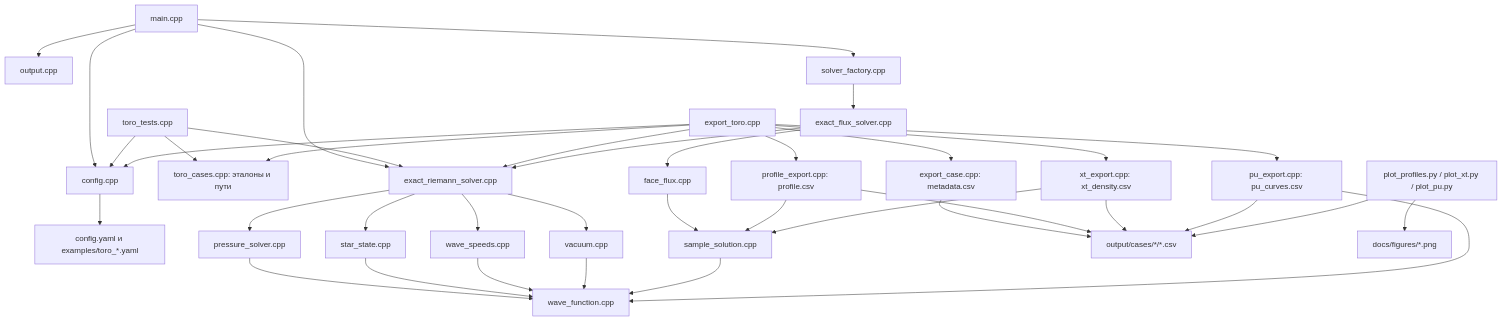
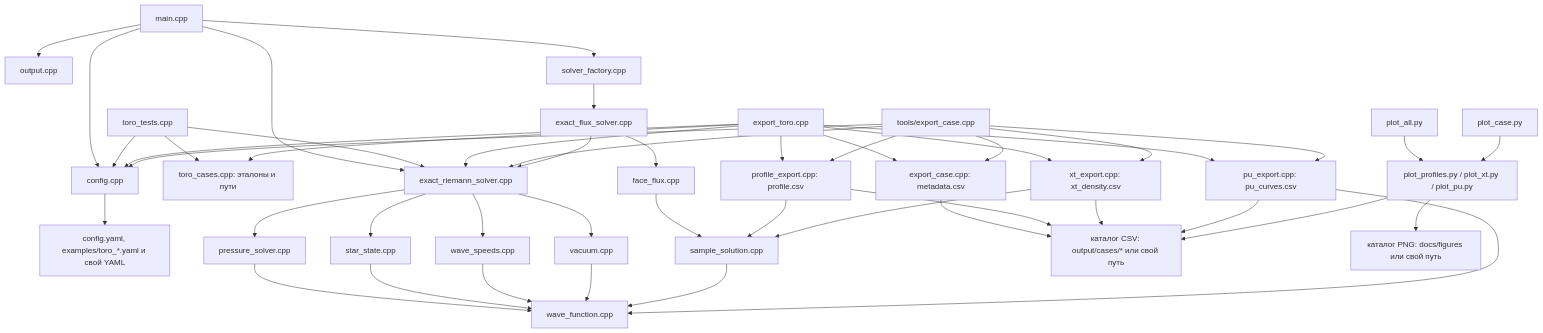
Before and after one commit to menataoff/riemann-solver: the diagram in docs/12_modules.md, drawn with Mermaid. The commit also changed other lines of this file and 1 other file, not shown here.

Commit message:
document custom workflow

````diff
--- a/docs/12_modules.md
+++ b/docs/12_modules.md
@@ -5,44 +5,52 @@
 ```mermaid
 flowchart TD
     MAIN[main.cpp] --> CONFIG[config.cpp]
     TESTS[toro_tests.cpp] --> CONFIG
     EXPORT[export_toro.cpp] --> CONFIG
-    CONFIG --> YAML[config.yaml и examples/toro_*.yaml]
+    CUSTOM[tools/export_case.cpp] --> CONFIG
+    CONFIG --> YAML[config.yaml, examples/toro_*.yaml и свой YAML]
     TESTS --> CASES[toro_cases.cpp: эталоны и пути]
     EXPORT --> CASES
 
     MAIN --> SOLVE[exact_riemann_solver.cpp]
     TESTS --> SOLVE
     EXPORT --> SOLVE
+    CUSTOM --> SOLVE
     MAIN --> OUT[output.cpp]
     MAIN --> FACTORY[solver_factory.cpp]
     FACTORY --> ADAPTER[exact_flux_solver.cpp]
     ADAPTER --> SOLVE
     ADAPTER --> FACE[face_flux.cpp]
 
     SOLVE --> VACUUM[vacuum.cpp]
     SOLVE --> PRESSURE[pressure_solver.cpp]
     SOLVE --> STAR[star_state.cpp]
     SOLVE --> WAVES[wave_speeds.cpp]
     PRESSURE --> FUNCTION[wave_function.cpp]
     STAR --> FUNCTION
     WAVES --> FUNCTION
     VACUUM --> FUNCTION
     FACE --> SAMPLE[sample_solution.cpp]
     SAMPLE --> FUNCTION
 
     EXPORT --> META[export_case.cpp: metadata.csv]
     EXPORT --> PROFILE[profile_export.cpp: profile.csv]
     EXPORT --> XT[xt_export.cpp: xt_density.csv]
     EXPORT --> PU[pu_export.cpp: pu_curves.csv]
+    CUSTOM --> META
+    CUSTOM --> PROFILE
+    CUSTOM --> XT
+    CUSTOM --> PU
     PROFILE --> SAMPLE
     XT --> SAMPLE
     PU --> FUNCTION
 
-    META --> CSV[output/cases/*/*.csv]
+    META --> CSV[каталог CSV: output/cases/* или свой путь]
     PROFILE --> CSV
     XT --> CSV
     PU --> CSV
     PLOTS[plot_profiles.py / plot_xt.py / plot_pu.py] --> CSV
-    PLOTS --> PNG[docs/figures/*.png]
+    ALL[plot_all.py] --> PLOTS
+    ONE[plot_case.py] --> PLOTS
+    PLOTS --> PNG[каталог PNG: docs/figures или свой путь]
 ```
````
